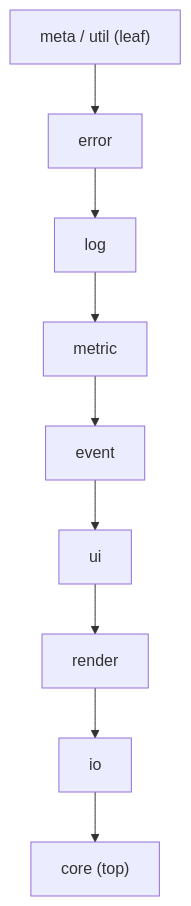
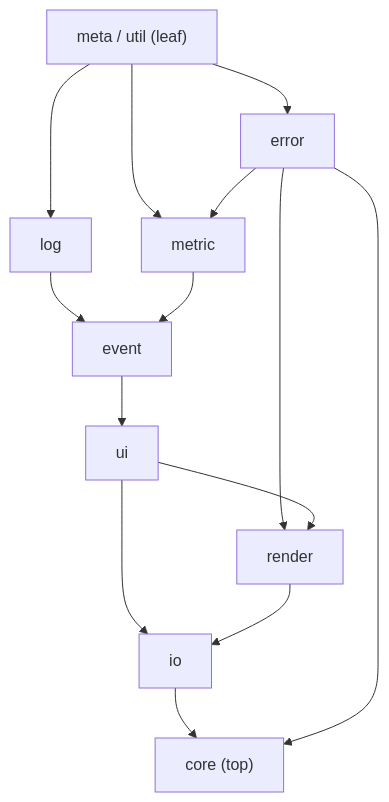
One commit to zuudevs/zketch changed the first of 2 diagrams in docs/ARCHITECTURE.md. Above: the diagram before and after it, drawn with Mermaid. The commit also changed other lines of this file and 8 other files, not shown here.

````diff
--- a/docs/ARCHITECTURE.md
+++ b/docs/ARCHITECTURE.md
@@ -20,21 +20,26 @@
 ```mermaid
 flowchart TD
     A["meta / util (leaf)"]
     B[error]
     C[log]
     D[metric]
     E[event]
     F[ui]
     G[render]
     H[io]
     I["core (top)"]
 
     A --> B
-    B --> C
-    C --> D
+    A --> C
+    A --> D
+    B --> D
+    C --> E
     D --> E
     E --> F
+    B --> G
     F --> G
+    F --> H
     G --> H
     H --> I
+    B --> I
 ```
````
